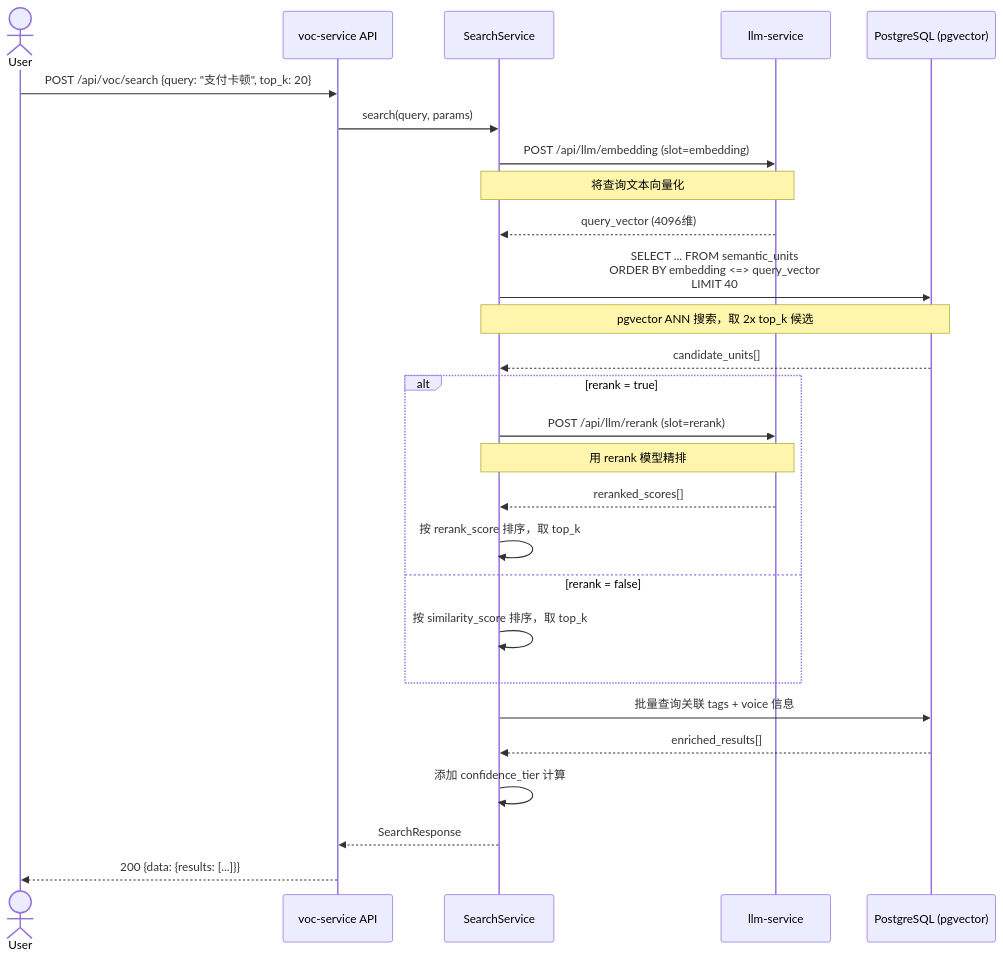
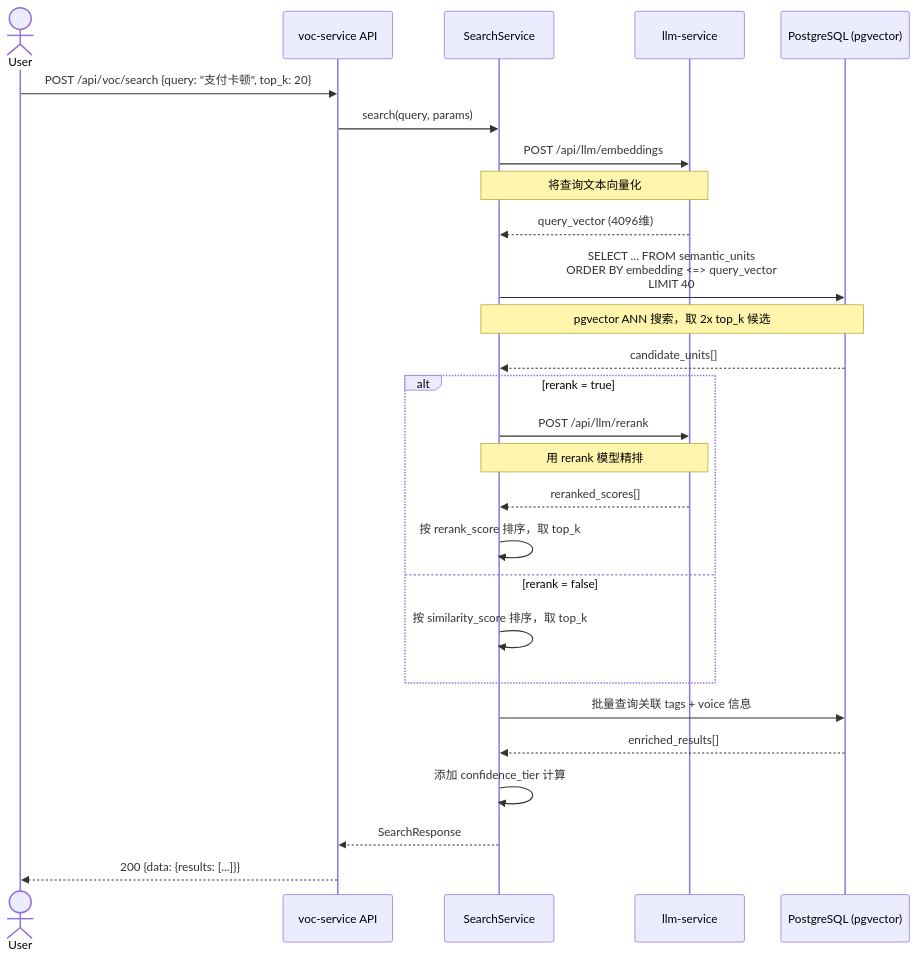
Before and after one commit to tianjon/prism-micro: the third of 4 diagrams in docs/designs/voc-service/design.md, drawn with Mermaid. The commit also changed other lines of this file, not shown here.

First line of the commit message:
docs: 修正 voc-service 设计文档中 LLM 端点与调用模式，对齐 llm-service 实际实现

````diff
--- a/docs/designs/voc-service/design.md
+++ b/docs/designs/voc-service/design.md
@@ -1167,35 +1167,35 @@
 ```mermaid
 sequenceDiagram
     actor User
     participant API as voc-service API
     participant Search as SearchService
     participant LLM as llm-service
     participant DB as PostgreSQL (pgvector)
 
     User->>API: POST /api/voc/search {query: "支付卡顿", top_k: 20}
     API->>Search: search(query, params)
 
-    Search->>LLM: POST /api/llm/embedding (slot=embedding)
+    Search->>LLM: POST /api/llm/embeddings
     Note over Search,LLM: 将查询文本向量化
     LLM-->>Search: query_vector (4096维)
 
     Search->>DB: SELECT ... FROM semantic_units<br/>ORDER BY embedding <=> query_vector<br/>LIMIT 40
     Note over Search,DB: pgvector ANN 搜索，取 2x top_k 候选
     DB-->>Search: candidate_units[]
 
     alt rerank = true
-        Search->>LLM: POST /api/llm/rerank (slot=rerank)
+        Search->>LLM: POST /api/llm/rerank
         Note over Search,LLM: 用 rerank 模型精排
         LLM-->>Search: reranked_scores[]
         Search->>Search: 按 rerank_score 排序，取 top_k
     else rerank = false
         Search->>Search: 按 similarity_score 排序，取 top_k
     end
 
     Search->>DB: 批量查询关联 tags + voice 信息
     DB-->>Search: enriched_results[]
 
     Search->>Search: 添加 confidence_tier 计算
     Search-->>API: SearchResponse
     API-->>User: 200 {data: {results: [...]}}
 ```
````
